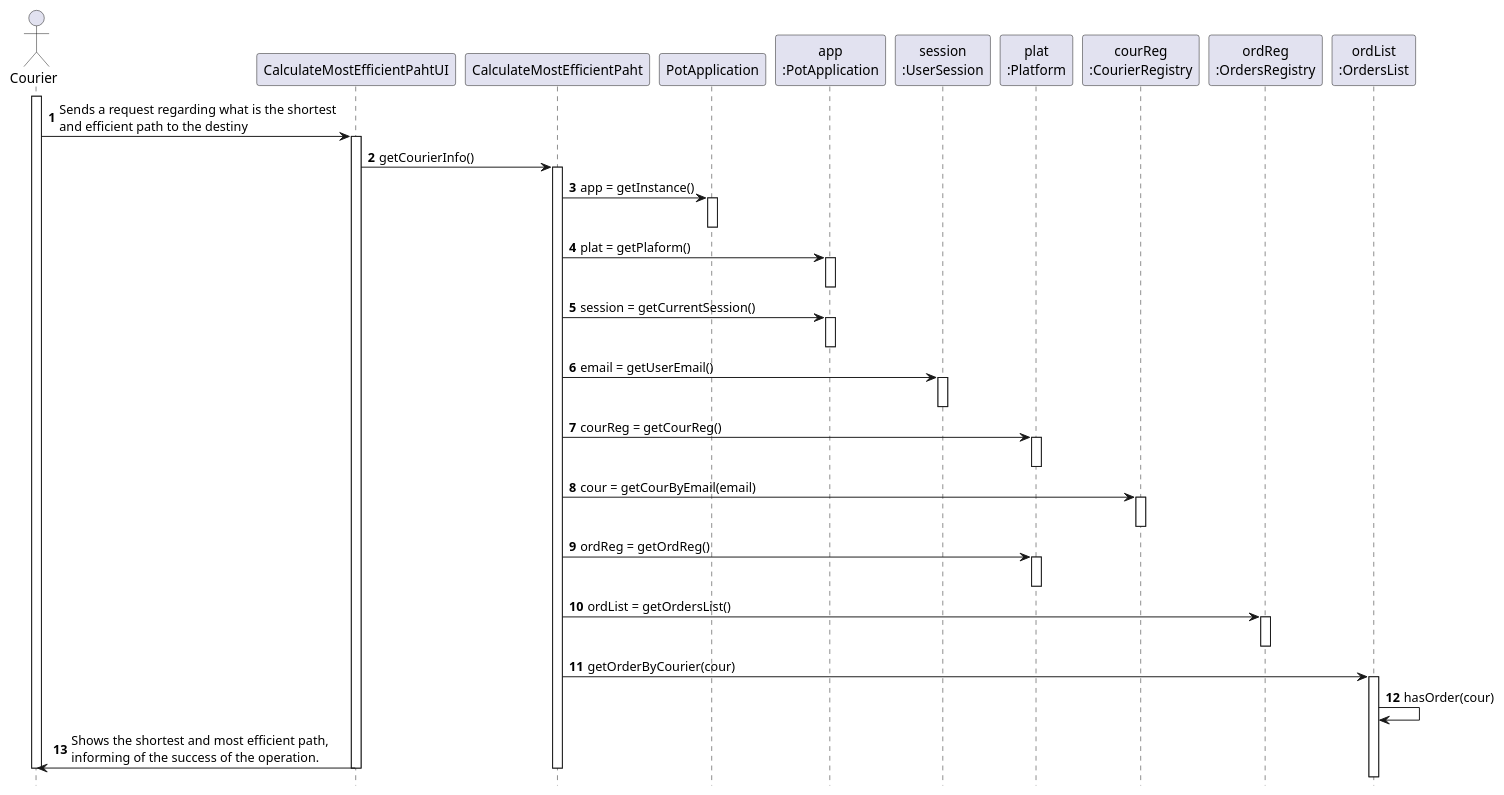
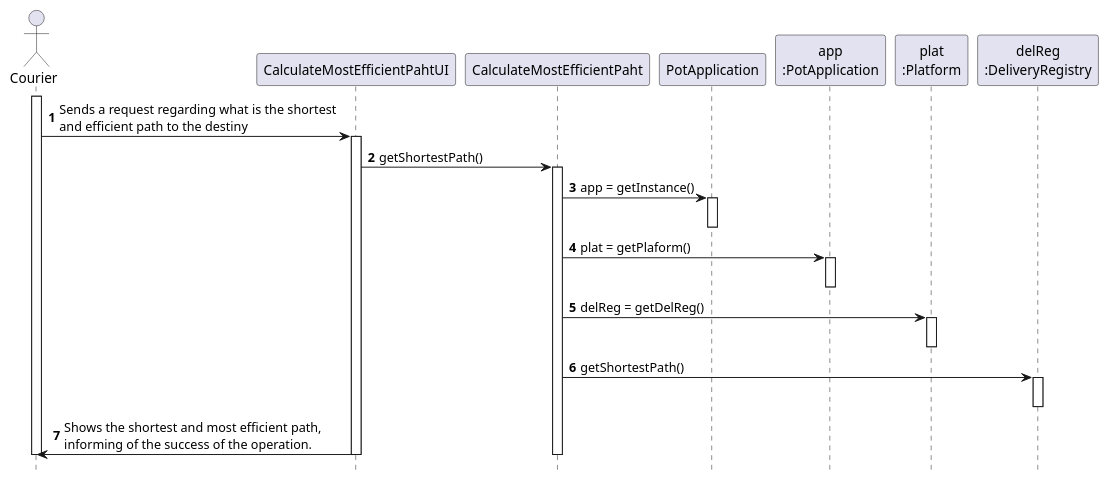
One commit to tiagoavcosta25/LAPR3 changed the diagram in docs/Iteration 1/Delivery Management/US23_CalculateMostEfficientPath/US23_SD.puml. Above: the diagram before and after it, drawn with PlantUML. The commit also changed 6 other files, not shown here.

```diff
--- a/docs/Iteration 1/Delivery Management/US23_CalculateMostEfficientPath/US23_SD.puml
+++ b/docs/Iteration 1/Delivery Management/US23_CalculateMostEfficientPath/US23_SD.puml
@@ -1,58 +1,38 @@
 @startuml
 autonumber
 hide footbox
 
 actor "Courier" as COUR
 
 participant "CalculateMostEfficientPahtUI" as UI
 participant "CalculateMostEfficientPaht" as CTRL
 participant "PotApplication" as _APP
 participant "app\n:PotApplication" as APP
-participant "session\n:UserSession" as SESSION
 participant "plat\n:Platform" as PLAT
-participant "courReg\n:CourierRegistry" as COURREG
-participant "ordReg\n:OrdersRegistry" as ORDREG
-participant "ordList\n:OrdersList" as ORDLIST
+participant "delReg\n:DeliveryRegistry" as DELREG
 
 activate COUR
 
 COUR -> UI : Sends a request regarding what is the shortest \nand efficient path to the destiny
 activate UI
-UI -> CTRL : getCourierInfo()
+UI -> CTRL : getShortestPath()
 activate CTRL
 CTRL -> _APP: app = getInstance()
 activate _APP
 deactivate _APP
 
 CTRL -> APP: plat = getPlaform()
 activate APP
 deactivate APP
-
-CTRL -> APP: session = getCurrentSession()
-activate APP
-deactivate APP
-
-CTRL -> SESSION: email = getUserEmail()
-activate SESSION
-deactivate SESSION
-CTRL -> PLAT : courReg = getCourReg()
+CTRL -> PLAT : delReg = getDelReg()
 activate PLAT
 deactivate PLAT
-CTRL -> COURREG : cour = getCourByEmail(email)
-activate COURREG
-deactivate COURREG
-CTRL -> PLAT : ordReg = getOrdReg()
-activate PLAT
-deactivate PLAT
-CTRL -> ORDREG : ordList = getOrdersList()
-activate ORDREG
-deactivate ORDREG
-CTRL -> ORDLIST : getOrderByCourier(cour)
-activate ORDLIST
-ORDLIST -> ORDLIST : hasOrder(cour)
+CTRL -> DELREG : getShortestPath()
+activate DELREG
+deactivate DELREG
 UI -> COUR : Shows the shortest and most efficient path, \ninforming of the success of the operation.
 deactivate CTRL
 deactivate UI
 deactivate COUR
 
 @enduml
```
